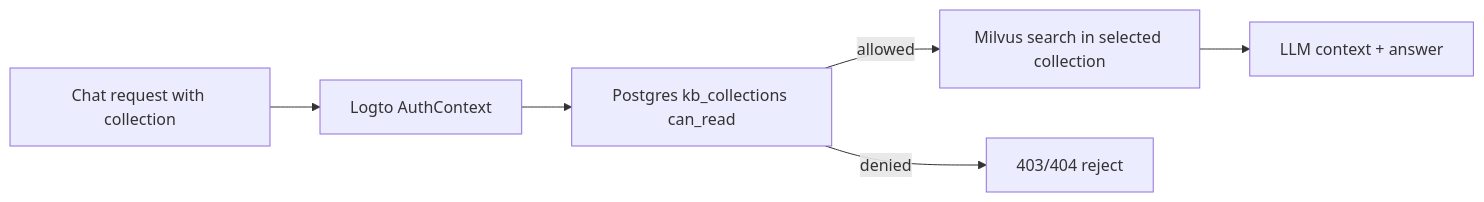
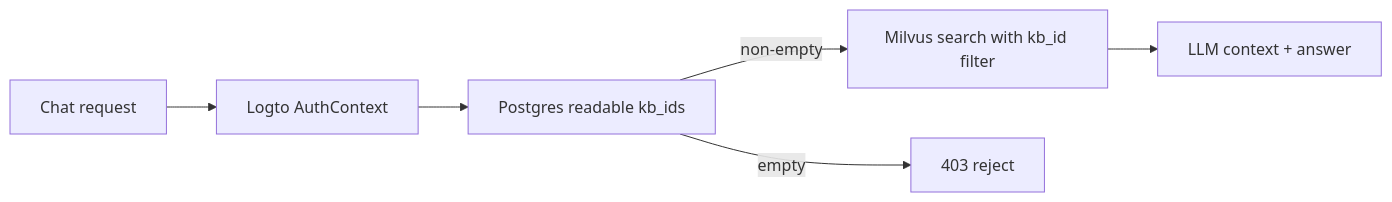
One commit to wzi8345-hue/DP_RAG changed the diagram in ARCHITECTURE.md. Above: the diagram before and after it, drawn with Mermaid. The commit also changed other lines of this file and 40 other files, not shown here.

First line of the commit message:
Refactor RAG architecture and enhance authorization mechanisms

````diff
--- a/ARCHITECTURE.md
+++ b/ARCHITECTURE.md
@@ -125,8 +135,8 @@
 ```mermaid
 flowchart LR
-  userReq["Chat request with collection"] --> authCheck["Logto AuthContext"]
-  authCheck --> pgCheck["Postgres kb_collections can_read"]
-  pgCheck -->|"allowed"| milvusSearch["Milvus search in selected collection"]
-  pgCheck -->|"denied"| reject["403/404 reject"]
+  userReq["Chat request"] --> authCheck["Logto AuthContext"]
+  authCheck --> pgScope["Postgres readable kb_ids"]
+  pgScope -->|"non-empty"| milvusSearch["Milvus search with kb_id filter"]
+  pgScope -->|"empty"| reject["403 reject"]
   milvusSearch --> answer["LLM context + answer"]
 ```
````
